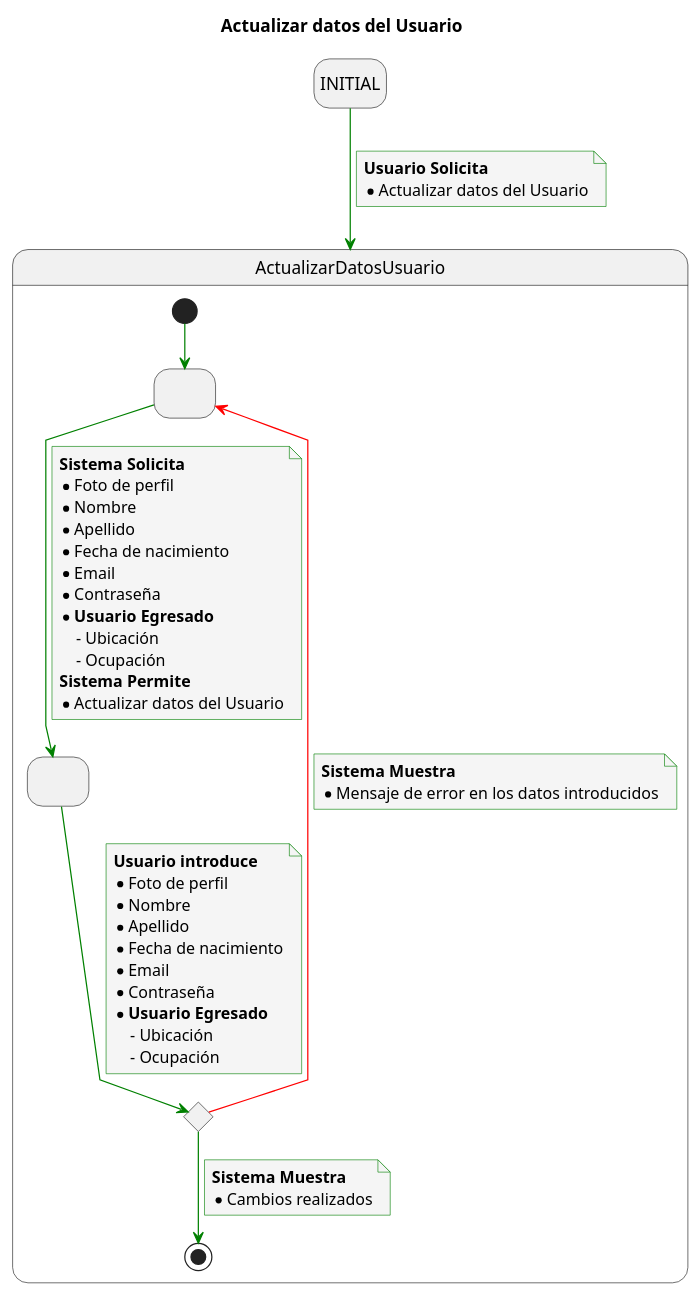
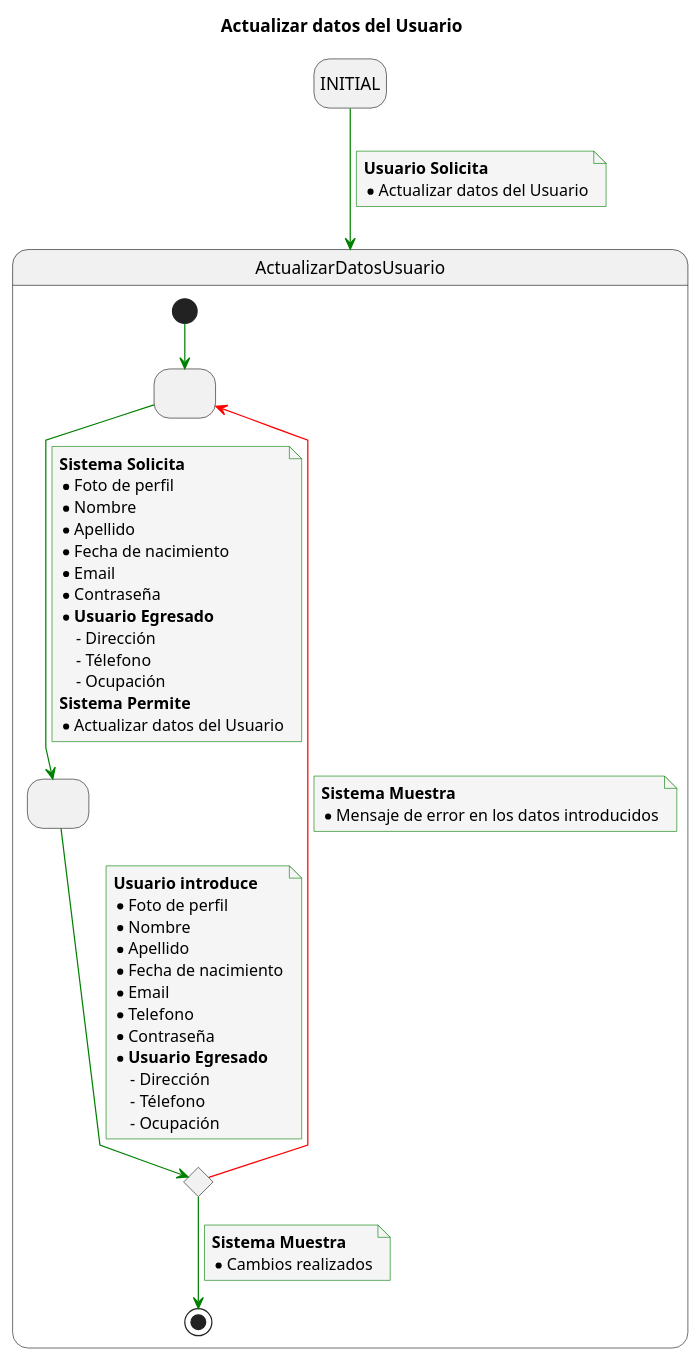
The diagram in Caso_de_Uso/Casos_de_Uso/Usuarios/Actualizar_Datos_Usuario/Caso_de_Uso.puml (mmasias/23-24-IdSw1-SDR), drawn with PlantUML before and after one commit.

```diff
--- a/Caso_de_Uso/Casos_de_Uso/Usuarios/Actualizar_Datos_Usuario/Caso_de_Uso.puml
+++ b/Caso_de_Uso/Casos_de_Uso/Usuarios/Actualizar_Datos_Usuario/Caso_de_Uso.puml
@@ -1,73 +1,74 @@
 @startuml
-
 title Actualizar datos del Usuario
 
 skinparam {
     NoteBackgroundColor #whiteSmoke
     ArrowColor #green
     NoteBorderColor #green
     linetype polyline
 }
 
 hide empty description
 
 state startState as "INITIAL"
 
 startState --> ActualizarDatosUsuario
 note on link
     <b>Usuario Solicita</b>
     * Actualizar datos del Usuario
 end note
 
 state ActualizarDatosUsuario {
 state 2 as " "
 state 3 as " "
 state 4 <<choice>>
 
 [*] -down-> 2
 
 2 -down-> 3
 note on link
 <b>Sistema Solicita</b>
 * Foto de perfil
 * Nombre
 * Apellido
 * Fecha de nacimiento
 * Email
 * Contraseña
 * <b>Usuario Egresado</b>
-    - Ubicación
+    - Dirección
+    - Télefono
     - Ocupación
 <b>Sistema Permite</b>
 * Actualizar datos del Usuario
 end note
 
 3 -down-> 4
 note on link
 <b>Usuario introduce</b>
 * Foto de perfil
 * Nombre
 * Apellido
 * Fecha de nacimiento
 * Email
+* Telefono
 * Contraseña
 * <b>Usuario Egresado</b>
-    - Ubicación
+    - Dirección
+    - Télefono
     - Ocupación
 end note
 
 4 -down-> [*]
 note on link
 <b>Sistema Muestra</b>
 * Cambios realizados
 end note
 
 4 -[#red]-> 2
 note on link
 <b>Sistema Muestra</b>
 * Mensaje de error en los datos introducidos
 end note
 
 }
-
 @enduml
```
